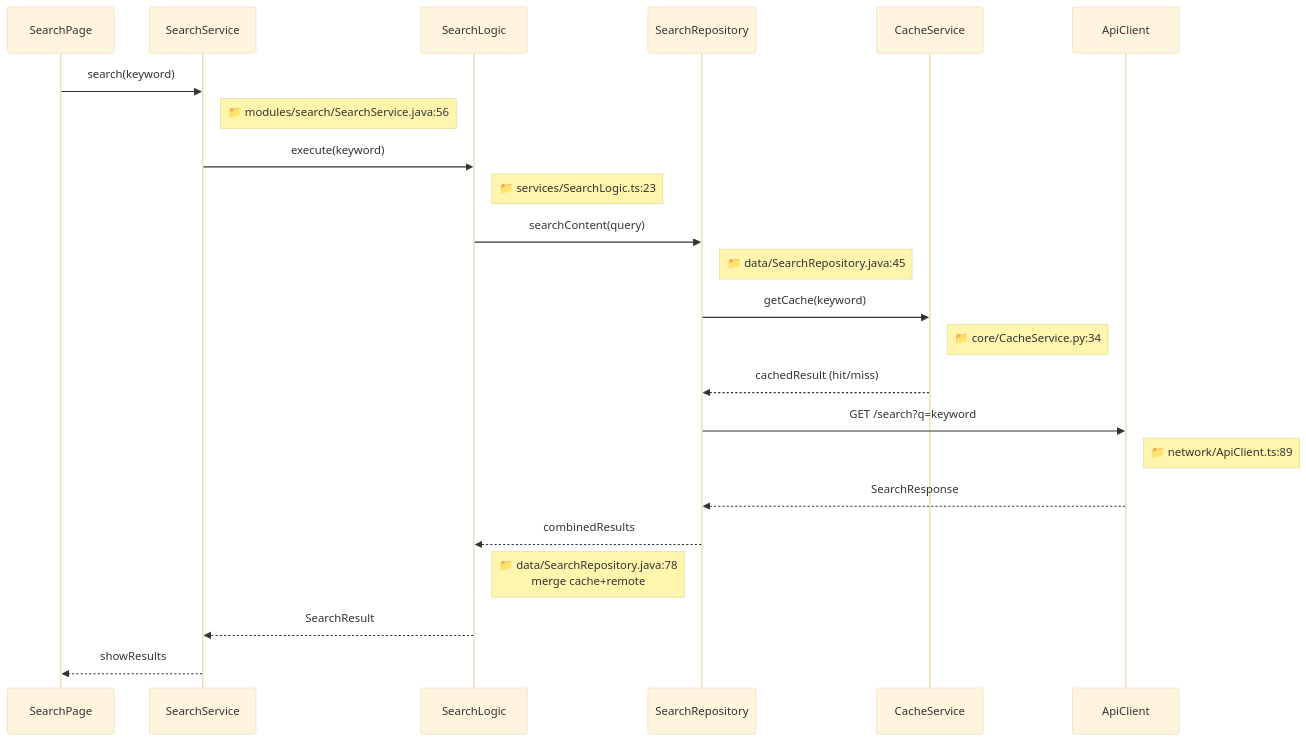
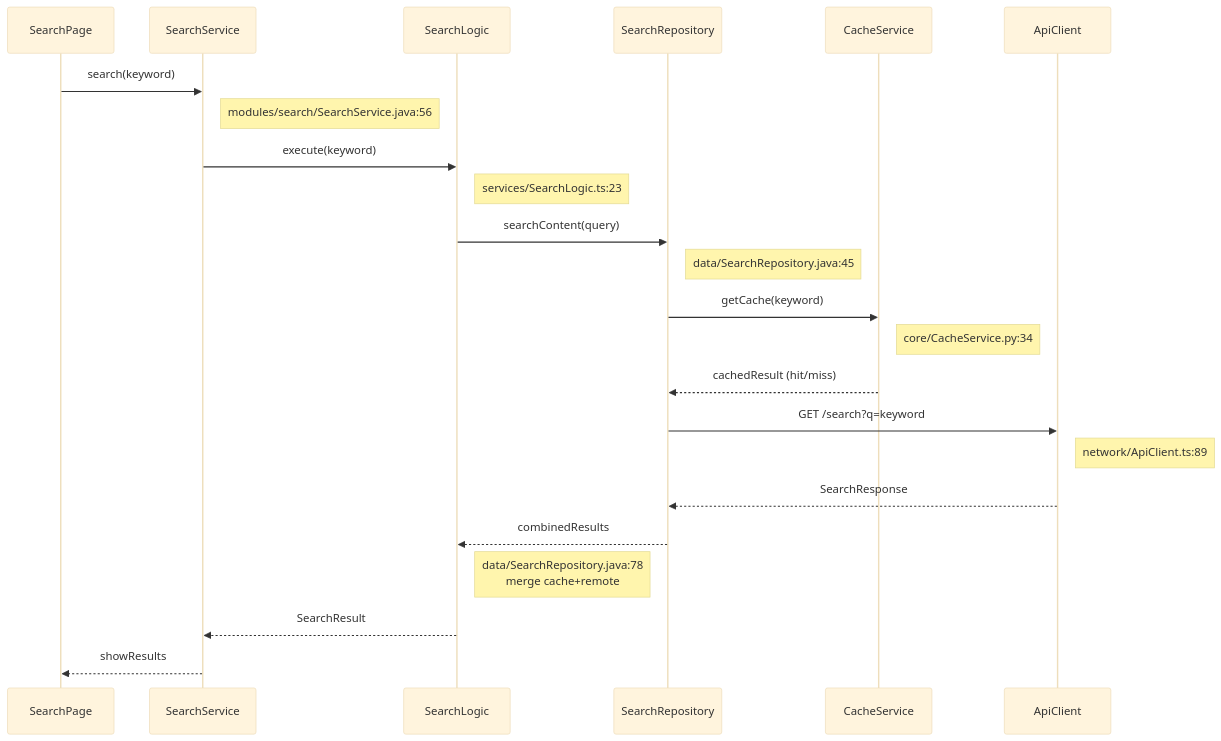
Before and after one commit to CaostGrace/project-arch-reverse: the fifth of 12 diagrams in references/template.md, drawn with Mermaid (base theme). The commit also changed other lines of this file and 10 other files, not shown here.

Commit message:
fix: 修复 12.1 流程图 Mermaid 渲染问题 - 结构重组+节点引号+形状修复

````diff
--- a/references/template.md
+++ b/references/template.md
@@ -273,26 +285,26 @@
 ```mermaid
 sequenceDiagram
     participant UI as SearchPage
     participant Logic as SearchService
     participant UC as SearchLogic
     participant Repo as SearchRepository
     participant Cache as CacheService
     participant API as ApiClient
 
     UI->>Logic: search(keyword)
-    Note right of Logic: 📁 modules/search/SearchService.java:56
+    Note right of Logic:  modules/search/SearchService.java:56
     Logic->>UC: execute(keyword)
-    Note right of UC: 📁 services/SearchLogic.ts:23
+    Note right of UC:  services/SearchLogic.ts:23
     UC->>Repo: searchContent(query)
-    Note right of Repo: 📁 data/SearchRepository.java:45
+    Note right of Repo:  data/SearchRepository.java:45
     Repo->>Cache: getCache(keyword)
-    Note right of Cache: 📁 core/CacheService.py:34
+    Note right of Cache:  core/CacheService.py:34
     Cache-->>Repo: cachedResult (hit/miss)
     Repo->>API: GET /search?q=keyword
-    Note right of API: 📁 network/ApiClient.ts:89
+    Note right of API:  network/ApiClient.ts:89
     API-->>Repo: SearchResponse
     Repo-->>UC: combinedResults
-    Note left of Repo: 📁 data/SearchRepository.java:78<br/>merge cache+remote
+    Note left of Repo:  data/SearchRepository.java:78<br>merge cache+remote
     UC-->>Logic: SearchResult
     Logic-->>UI: showResults
 ```
````
